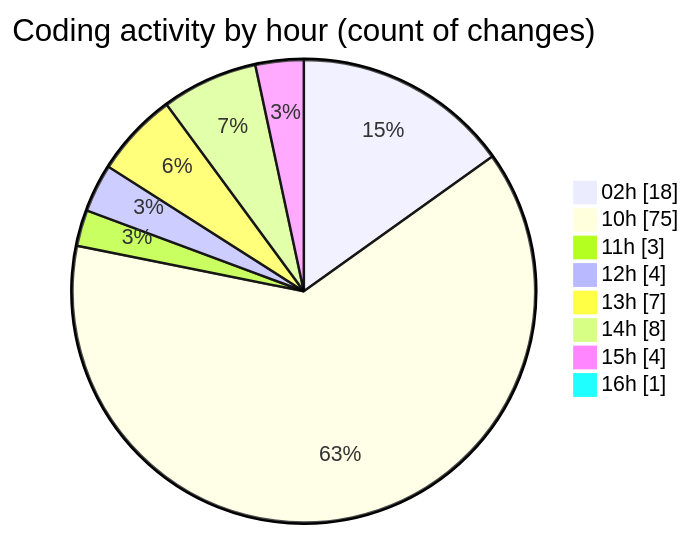
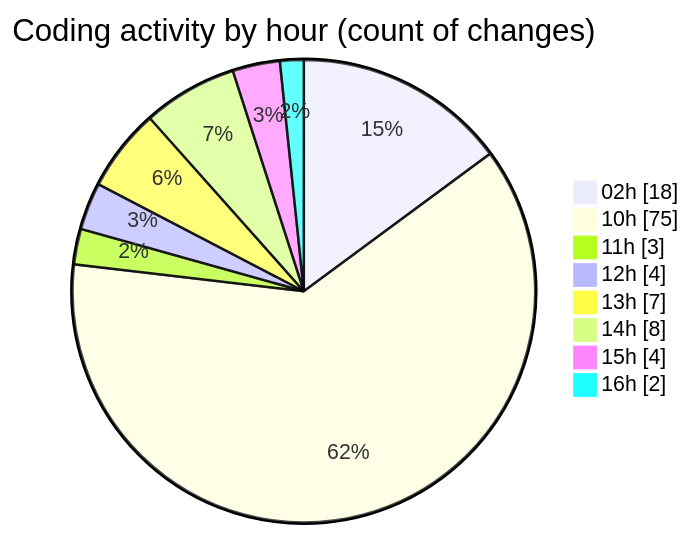
One commit to shibass792/code-tracking changed the second of 2 diagrams in 2026-07-08/twenty_versions_aminor/README.md. Above: the diagram before and after it, drawn with Mermaid. The commit also changed other lines of this file and 1 other file, not shown here.

````diff
--- a/2026-07-08/twenty_versions_aminor/README.md
+++ b/2026-07-08/twenty_versions_aminor/README.md
@@ -37,12 +39,12 @@
 ```mermaid
 pie showData
 title Coding activity by hour (count of changes)
 "02h" : 18
 "10h" : 75
 "11h" : 3
 "12h" : 4
 "13h" : 7
 "14h" : 8
 "15h" : 4
-"16h" : 1
+"16h" : 2
 ```
````
